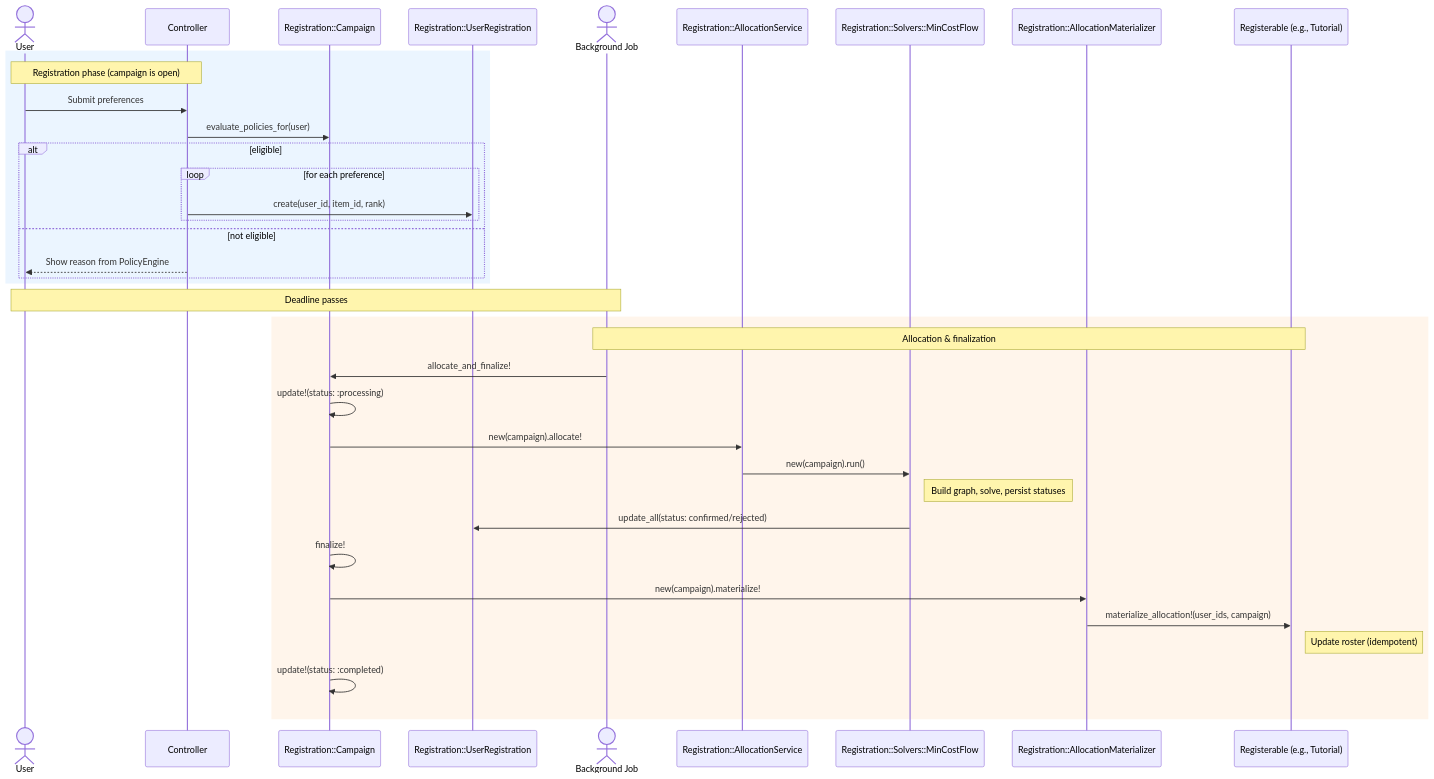
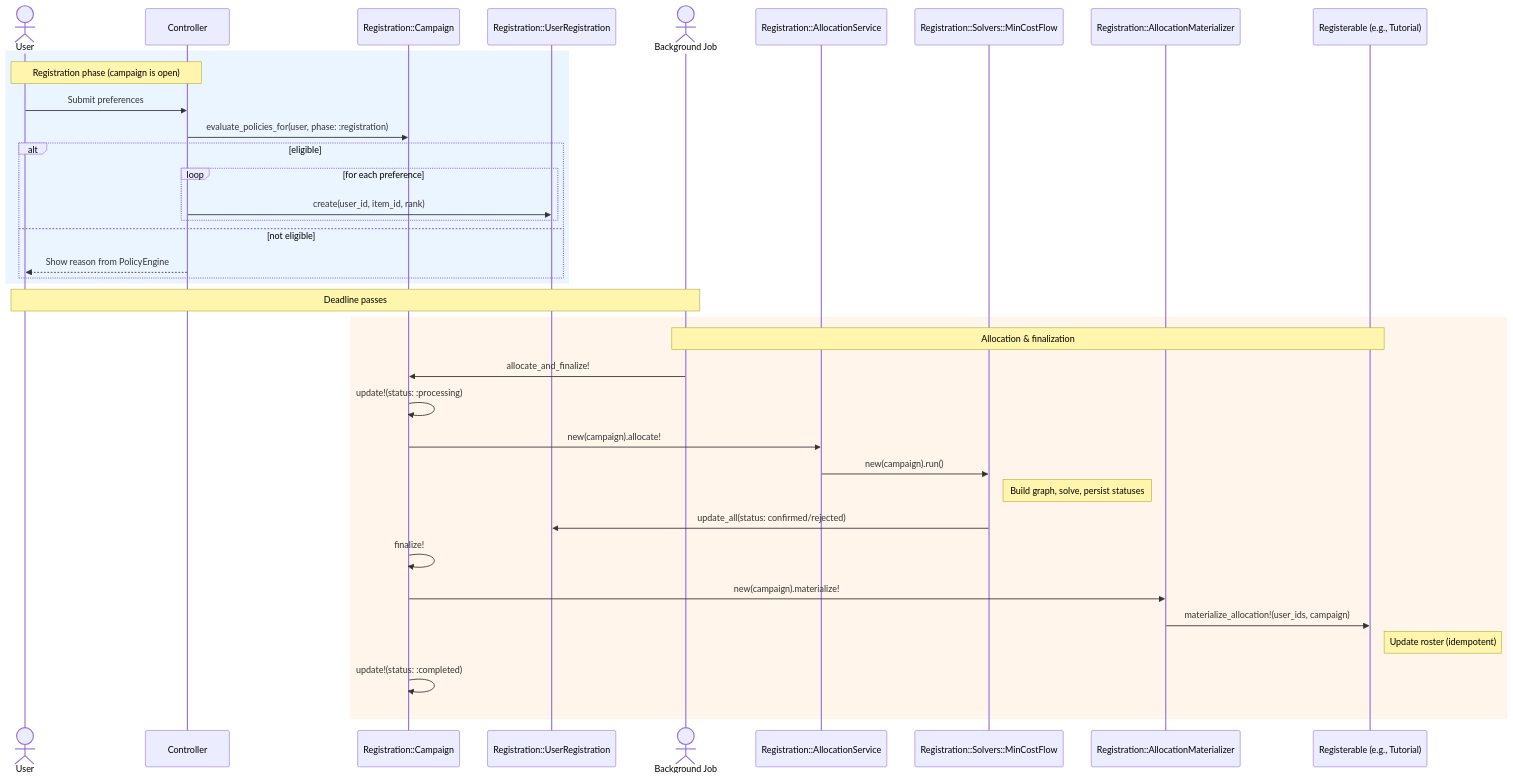
The second of 2 diagrams in architecture/src/features/02-registration.md (MaMpf-HD/mampf), drawn with Mermaid before and after one commit. The commit also changed other lines of this file and 12 other files, not shown here.

````diff
--- a/architecture/src/features/02-registration.md
+++ b/architecture/src/features/02-registration.md
@@ -1007,42 +1132,42 @@
 ```mermaid
 sequenceDiagram
     actor User
     participant Controller
     participant Campaign as Registration::Campaign
     participant UserReg as Registration::UserRegistration
     actor Job as Background Job
   participant AllocationSvc as Registration::AllocationService
     participant Solver as Registration::Solvers::MinCostFlow
     participant Materializer as Registration::AllocationMaterializer
     participant RegTarget as Registerable (e.g., Tutorial)
 
     rect rgb(235, 245, 255)
     note over User,Controller: Registration phase (campaign is open)
     User->>Controller: Submit preferences
-  Controller->>Campaign: evaluate_policies_for(user)
+  Controller->>Campaign: evaluate_policies_for(user, phase: :registration)
     alt eligible
       loop for each preference
         Controller->>UserReg: create(user_id, item_id, rank)
       end
     else not eligible
       Controller-->>User: Show reason from PolicyEngine
     end
     end
 
     note over User,Job: Deadline passes
 
   rect rgb(255, 245, 235)
   note over Job,RegTarget: Allocation & finalization
   Job->>Campaign: allocate_and_finalize!
     Campaign->>Campaign: update!(status: :processing)
   Campaign->>AllocationSvc: new(campaign).allocate!
   AllocationSvc->>Solver: new(campaign).run()
     note right of Solver: Build graph, solve, persist statuses
     Solver->>UserReg: update_all(status: confirmed/rejected)
     Campaign->>Campaign: finalize!
     Campaign->>Materializer: new(campaign).materialize!
     Materializer->>RegTarget: materialize_allocation!(user_ids, campaign)
     note right of RegTarget: Update roster (idempotent)
     Campaign->>Campaign: update!(status: :completed)
     end
 ```
````
